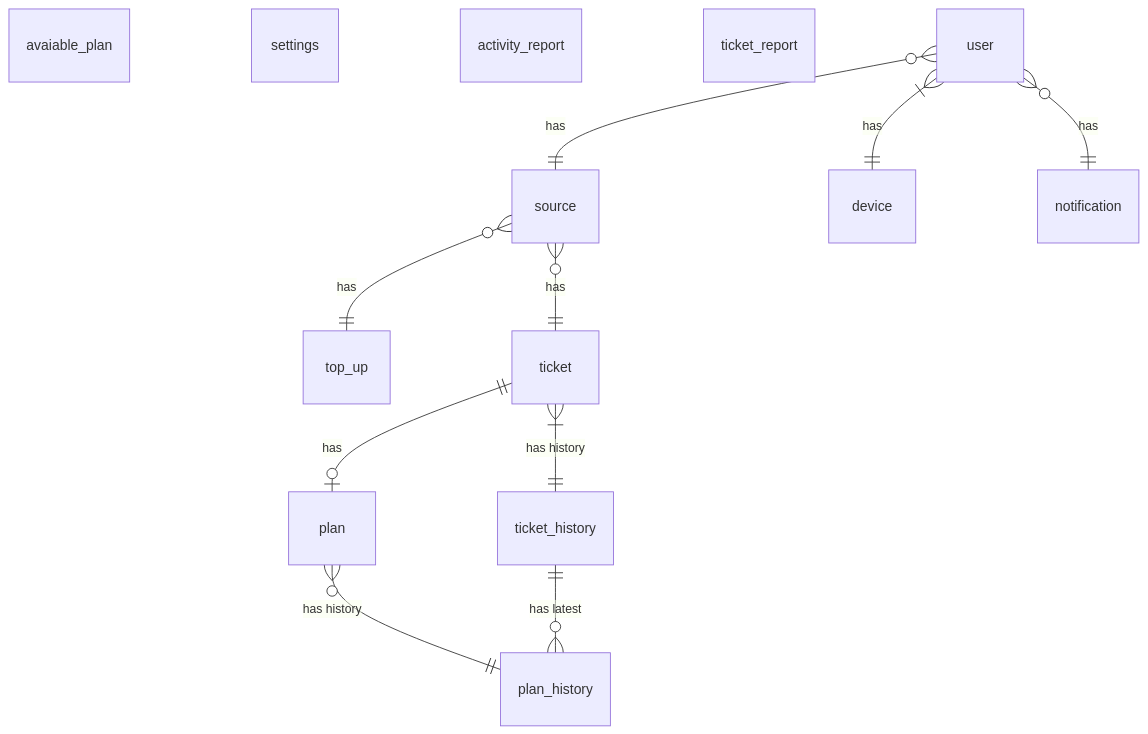
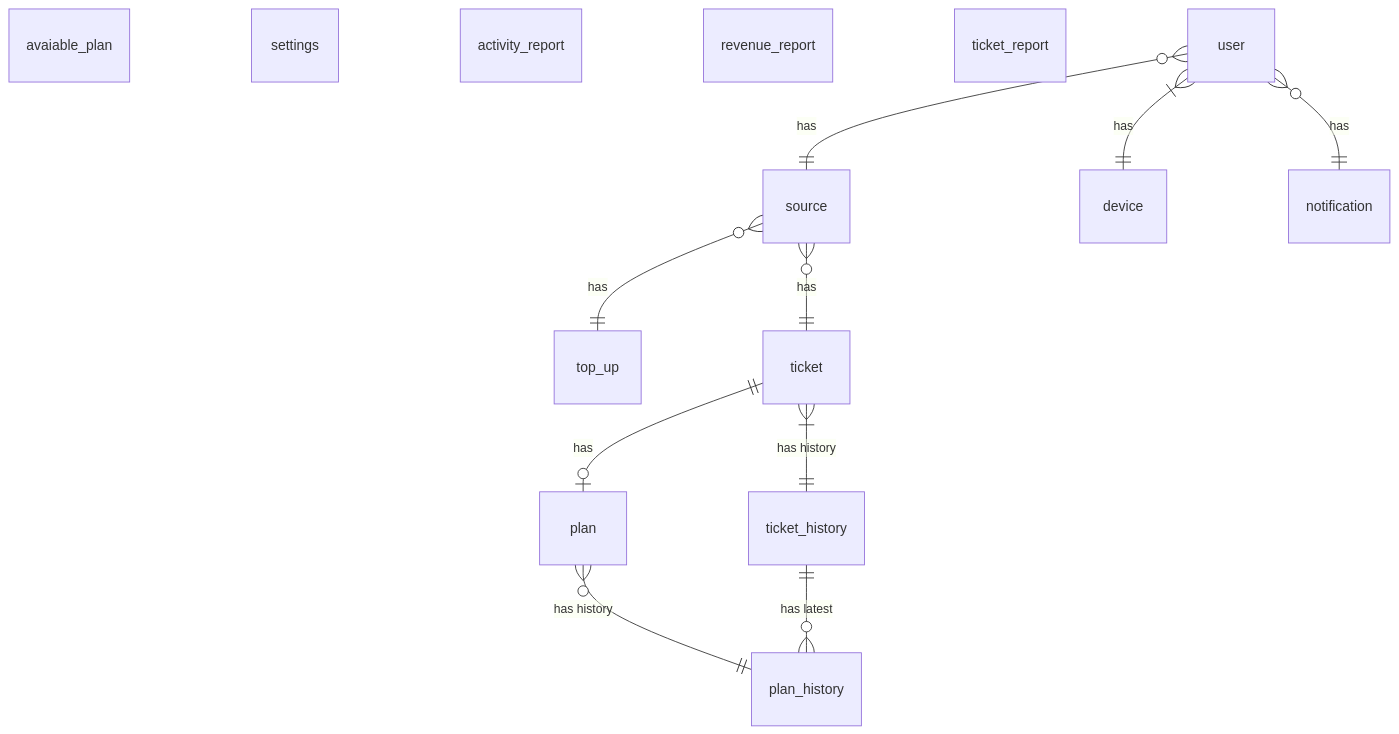
Before and after one commit to coinhub-uit/coinhub-uit.github.io: the second of 2 diagrams in docs/diagrams/database/ticket-report.md, drawn with Mermaid. The commit also changed other lines of this file and 2 other files, not shown here.

Commit message:
refactor(db): split up -> revenue report

````diff
--- a/docs/diagrams/database/ticket-report.md
+++ b/docs/diagrams/database/ticket-report.md
@@ -26,17 +23,18 @@
 ```mermaid
 erDiagram
   avaiable_plan
   settings
   activity_report
+  revenue_report
   ticket_report
 
   user }o--|| source : "has"
   user }|--|| device : "has"
   user }o--|| notification : "has"
   source }o--|| top_up : "has"
   plan }o--|| plan_history : "has history"
   ticket }|--|| ticket_history : "has history"
   ticket ||--|o plan: "has"
   ticket_history ||--}o plan_history : "has latest"
   source }o--|| ticket : "has"
 ```
````
